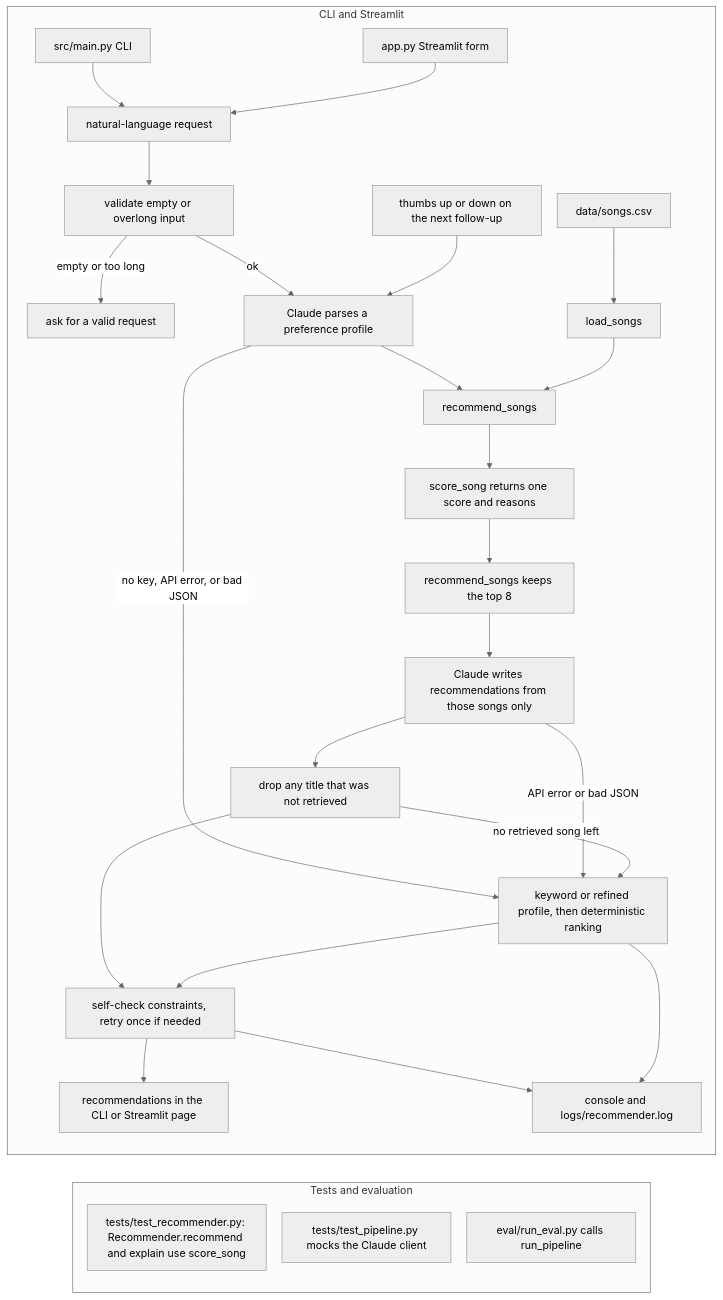
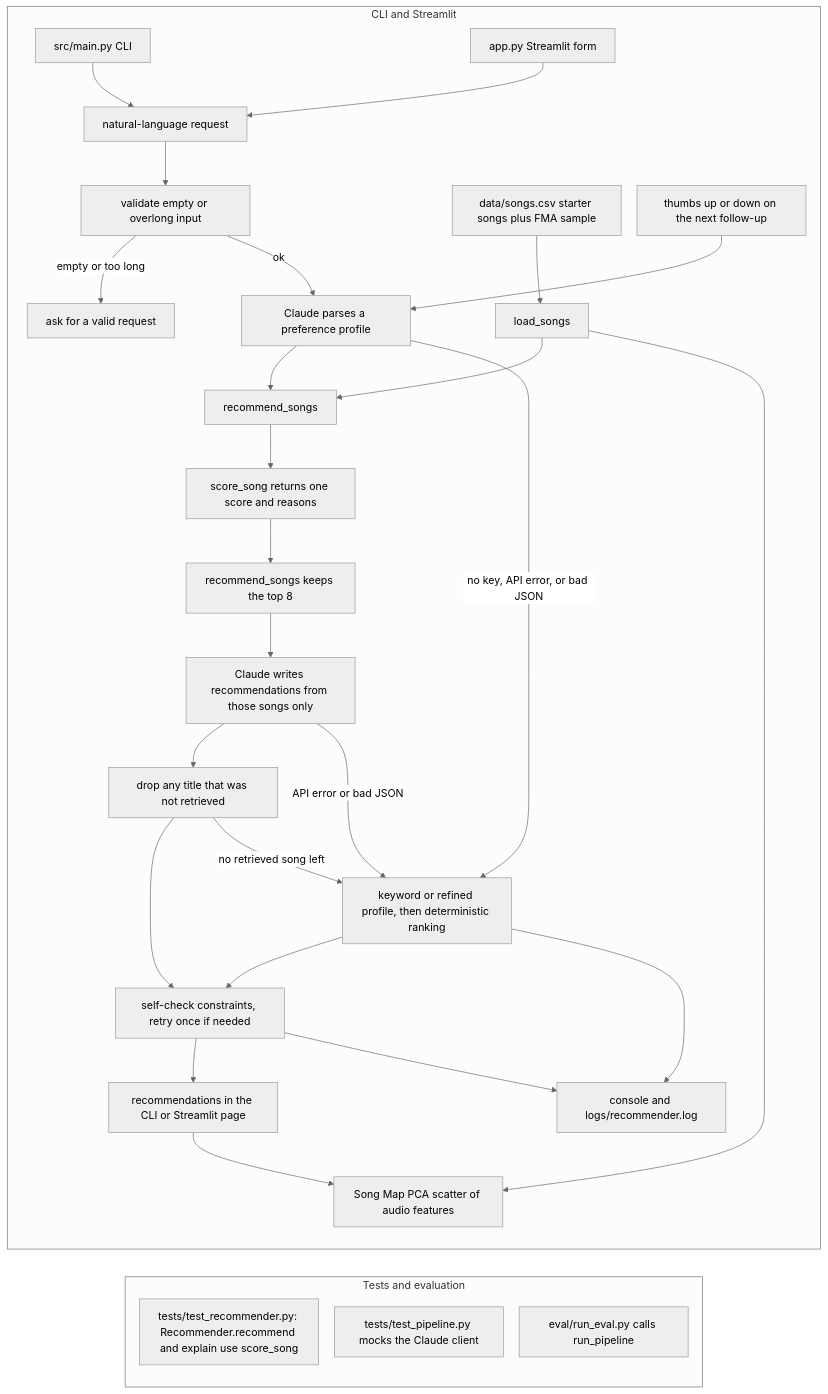
The diagram in diagrams/architecture.mmd (ThePurpleClub/applied-ai-system-project), drawn with Mermaid (neutral theme) before and after one commit. The commit also changed 12 other files, not shown here.

First line of the commit message:
Add an FMA song catalog and a Song Map tab.

```diff
--- a/diagrams/architecture.mmd
+++ b/diagrams/architecture.mmd
@@ -1,35 +1,37 @@
 %%{init: {"flowchart": {"rankSpacing": 42, "nodeSpacing": 24, "padding": 14}}}%%
 flowchart TD
     subgraph app ["CLI and Streamlit"]
         direction TB
         cli["src/main.py CLI"] --> request["natural-language request"]
         ui["app.py Streamlit form"] --> request
         request --> checkLen["validate empty or overlong input"]
         checkLen -->|"empty or too long"| rejected["ask for a valid request"]
         checkLen -->|"ok"| parse["Claude parses a preference profile"]
-        csv["data/songs.csv"] --> loadSongs["load_songs"]
+        csv["data/songs.csv starter songs plus FMA sample"] --> loadSongs["load_songs"]
         parse --> retrieve["recommend_songs"]
         loadSongs --> retrieve
         retrieve --> score["score_song returns one score and reasons"]
         score --> topn["recommend_songs keeps the top 8"]
         topn --> generate["Claude writes recommendations from those songs only"]
         generate --> guard["drop any title that was not retrieved"]
         guard --> check["self-check constraints, retry once if needed"]
         check --> stdout["recommendations in the CLI or Streamlit page"]
+        loadSongs --> songMap["Song Map PCA scatter of audio features"]
+        stdout --> songMap
         feedback["thumbs up or down on the next follow-up"] --> parse
         parse -->|"no key, API error, or bad JSON"| fallback["keyword or refined profile, then deterministic ranking"]
         generate -->|"API error or bad JSON"| fallback
         guard -->|"no retrieved song left"| fallback
         fallback --> check
         check --> logs["console and logs/recommender.log"]
         fallback --> logs
     end
 
     subgraph checks ["Tests and evaluation"]
         direction TB
         recommenderTests["tests/test_recommender.py: Recommender.recommend and explain use score_song"]
         pipelineTests["tests/test_pipeline.py mocks the Claude client"]
         evalScript["eval/run_eval.py calls run_pipeline"]
     end
 
     app ~~~ checks
```
